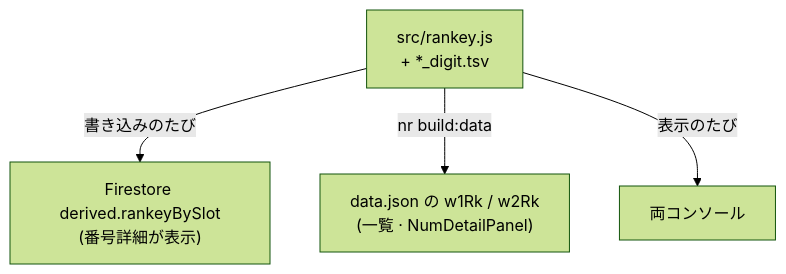
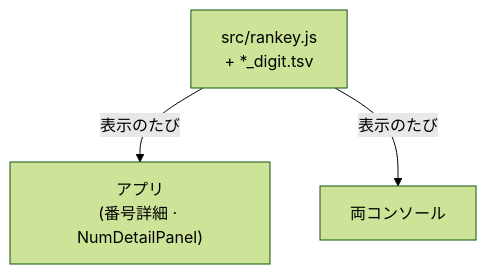
The fifth of 5 diagrams in docs/data-flow.md (elzup/999), drawn with Mermaid (forest theme) before and after one commit. The commit also changed other lines of this file and 23 other files, not shown here.

````diff
--- a/docs/data-flow.md
+++ b/docs/data-flow.md
@@ -467,7 +468,6 @@
 ```mermaid
 flowchart TB
   RK["src/rankey.js<br/>+ *_digit.tsv"]
-  RK -->|"書き込みのたび"| Der["Firestore derived.rankeyBySlot<br/>(番号詳細が表示)"]
-  RK -->|"nr build:data"| Viz["data.json の w1Rk / w2Rk<br/>(一覧 · NumDetailPanel)"]
+  RK -->|"表示のたび"| App["アプリ<br/>(番号詳細 · NumDetailPanel)"]
   RK -->|"表示のたび"| Con["両コンソール"]
 ```
````
